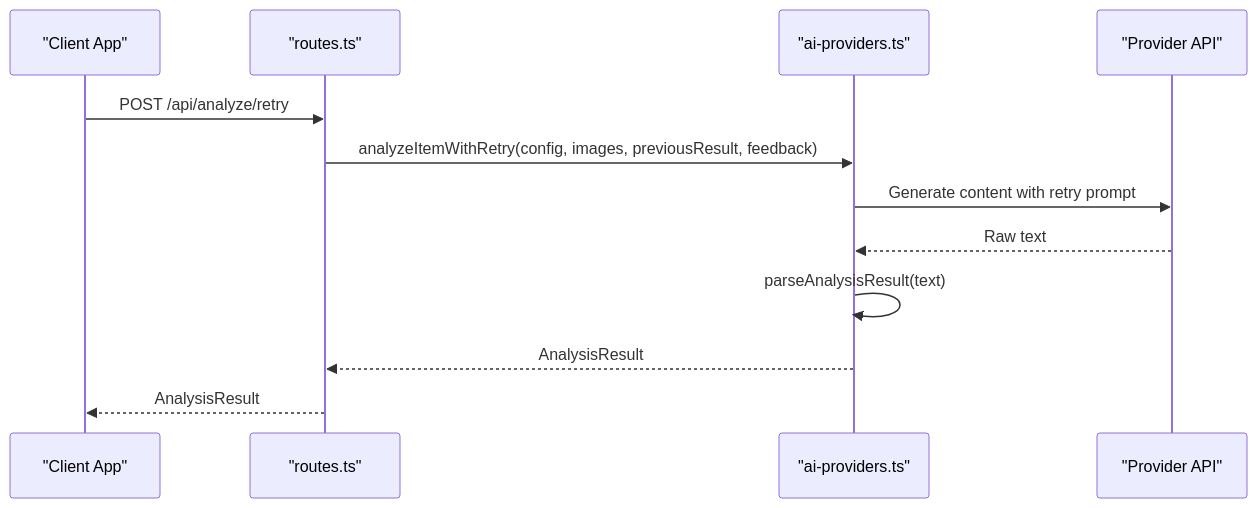
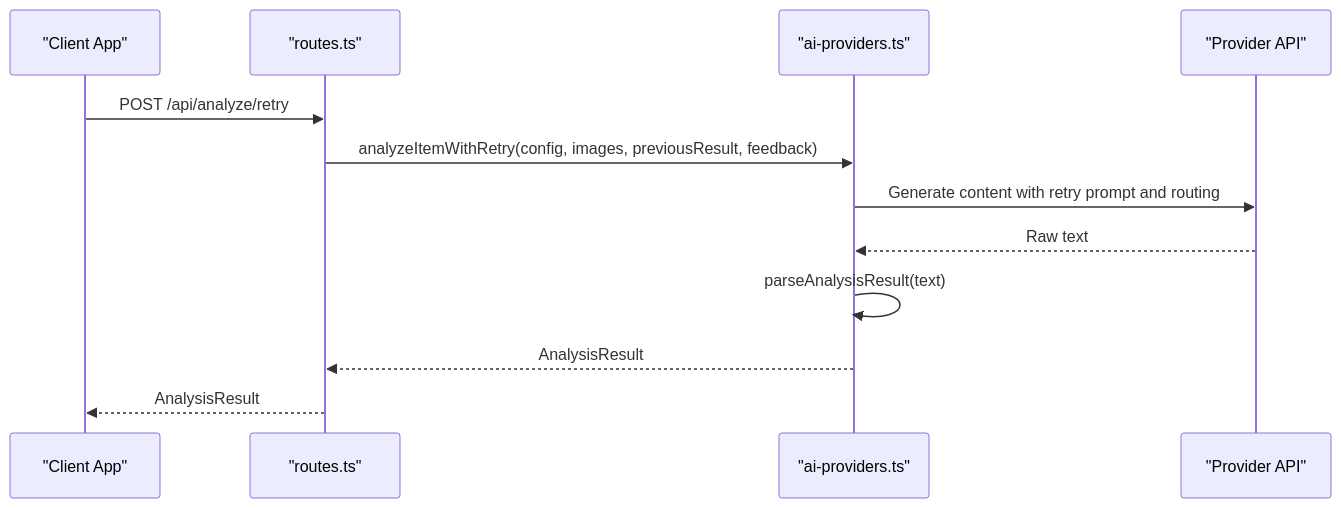
One commit to hunglevi87/Hidden-Gem changed the eighth of 12 diagrams in .qoder/repowiki/en/content/AI Integration/AI Provider System.md. Above: the diagram before and after it, drawn with Mermaid. The commit also changed other lines of this file and 5 other files, not shown here.

First line of the commit message:
feat(ai-provider): add OpenFang provider with multi-model routing

````diff
--- a/.qoder/repowiki/en/content/AI Integration/AI Provider System.md
+++ b/.qoder/repowiki/en/content/AI Integration/AI Provider System.md
@@ -332,14 +360,14 @@
 ```mermaid
 sequenceDiagram
 participant Client as "Client App"
 participant Routes as "routes.ts"
 participant Factory as "ai-providers.ts"
 participant Provider as "Provider API"
 Client->>Routes : POST /api/analyze/retry
 Routes->>Factory : analyzeItemWithRetry(config, images, previousResult, feedback)
-Factory->>Provider : Generate content with retry prompt
+Factory->>Provider : Generate content with retry prompt and routing
 Provider-->>Factory : Raw text
 Factory->>Factory : parseAnalysisResult(text)
 Factory-->>Routes : AnalysisResult
 Routes-->>Client : AnalysisResult
 ```
````
